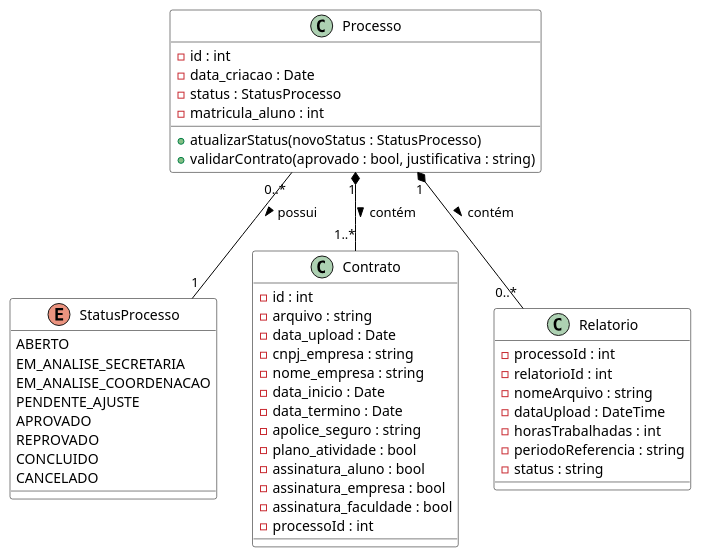
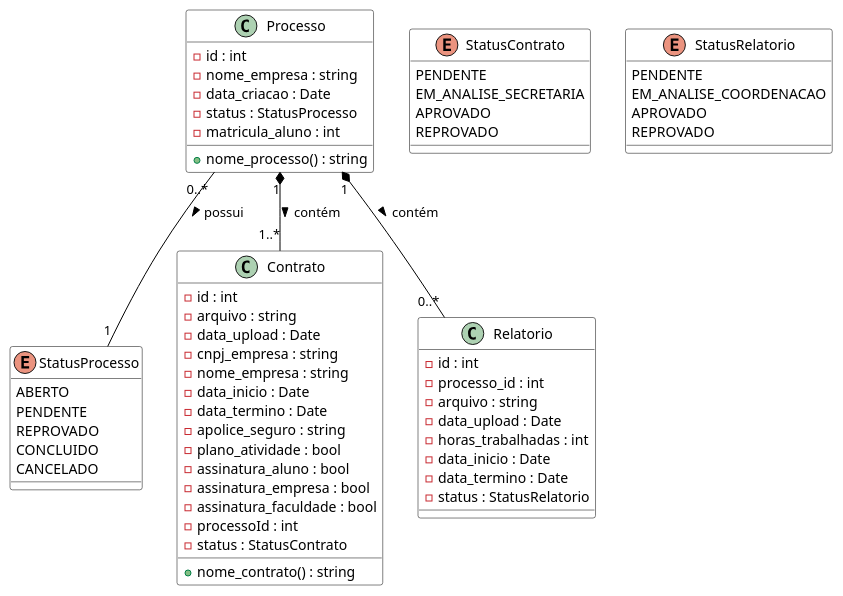
One commit to Projetos-de-Extensao/PBE_26.1_8002_III changed the diagram in docs/assets/Diagramas/src/diagrama_classes_processo.puml. Above: the diagram before and after it, drawn with PlantUML. The commit also changed 7 other files, not shown here.

```diff
--- a/docs/assets/Diagramas/src/diagrama_classes_processo.puml
+++ b/docs/assets/Diagramas/src/diagrama_classes_processo.puml
@@ -1,63 +1,77 @@
 @startuml
 
 ' --- Estilos ---
 skinparam class {
     BackgroundColor White
     ArrowColor Black
     BorderColor Black
 }
 
 ' --- Enums ---
 enum StatusProcesso {
     ABERTO
-    EM_ANALISE_SECRETARIA
-    EM_ANALISE_COORDENACAO
-    PENDENTE_AJUSTE
-    APROVADO
+    PENDENTE
     REPROVADO
     CONCLUIDO
     CANCELADO
 }
 
+enum StatusContrato {
+    PENDENTE
+    EM_ANALISE_SECRETARIA
+    APROVADO
+    REPROVADO
+}
+
+enum StatusRelatorio {
+    PENDENTE
+    EM_ANALISE_COORDENACAO
+    APROVADO
+    REPROVADO
+}
+
 ' --- Classes de Processo e Documentação ---
 class Processo {
-   - id : int
-   - data_criacao : Date
-   - status : StatusProcesso
-   - matricula_aluno : int
-   + atualizarStatus(novoStatus : StatusProcesso)
-   + validarContrato(aprovado : bool, justificativa : string)
+    - id : int
+    - nome_empresa : string
+    - data_criacao : Date
+    - status : StatusProcesso
+    - matricula_aluno : int
+    + nome_processo() : string
 }
 
 class Contrato {
     - id : int
     - arquivo : string
     - data_upload : Date
     - cnpj_empresa : string
     - nome_empresa : string
     - data_inicio : Date
     - data_termino : Date
     - apolice_seguro : string
     - plano_atividade : bool
     - assinatura_aluno : bool
     - assinatura_empresa : bool
     - assinatura_faculdade : bool
     - processoId : int
+    - status : StatusContrato
+    + nome_contrato() : string
 }
 
 class Relatorio {
-    - processoId : int
-    - relatorioId : int
-    - nomeArquivo : string
-    - dataUpload : DateTime
-    - horasTrabalhadas : int
-    - periodoReferencia : string
-    - status : string
+    - id : int
+    - processo_id : int
+    - arquivo : string
+    - data_upload : Date
+    - horas_trabalhadas : int
+    - data_inicio : Date
+    - data_termino : Date
+    - status : StatusRelatorio
 }
 
 ' --- Relacionamentos de Processo ---
 Processo "1" *-- "1..*" Contrato : contém >
 Processo "1" *-- "0..*" Relatorio : contém >
 Processo "0..*" -- "1" StatusProcesso : possui >
 
 @enduml
```
